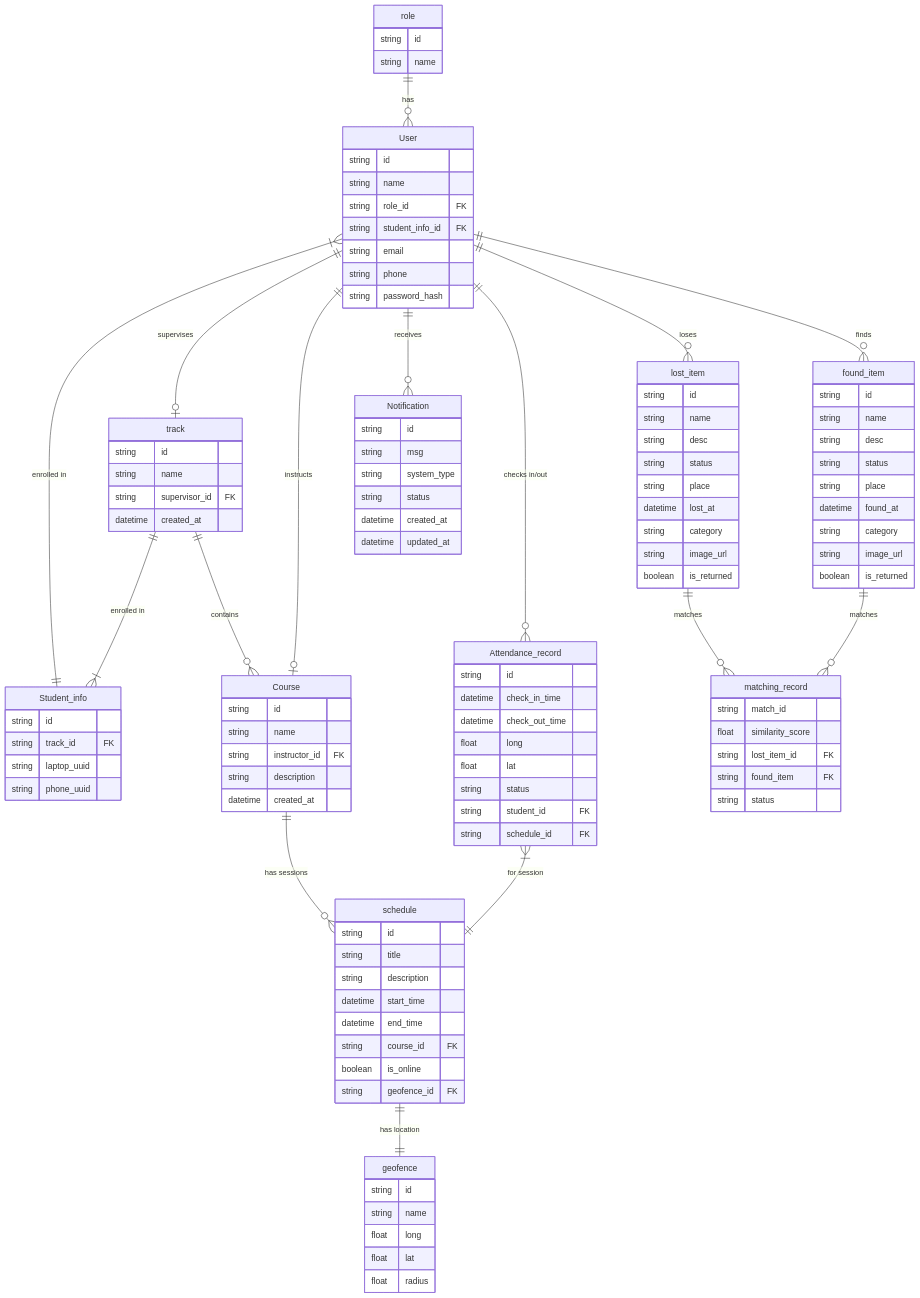
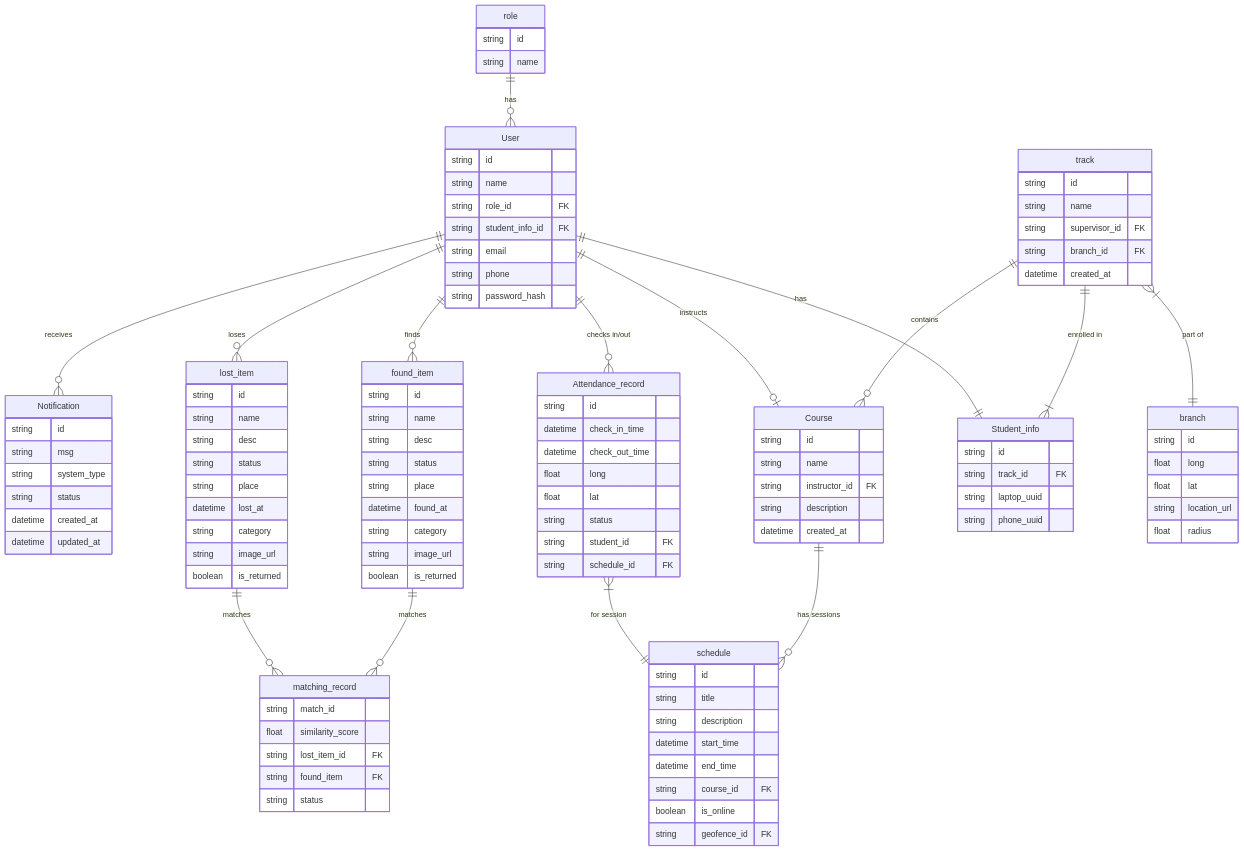
One commit to OmarDerwy/ITI-Attendance-Backend changed the diagram in erd.mermaid. Above: the diagram before and after it, drawn with Mermaid.

Commit message:
docs(erd): fix erd again

```diff
--- a/erd.mermaid
+++ b/erd.mermaid
@@ -1,115 +1,124 @@
 erDiagram
     User {
         string id
         string name
         string role_id FK
         string student_info_id FK
         string email
         string phone
         string password_hash
     }
     Notification {
         string id
         string msg
         string system_type
         string status
         datetime created_at
         datetime updated_at
     }
     Attendance_record {
         string id
         datetime check_in_time
         datetime check_out_time
         float long
         float lat
         string status
         string student_id FK
         string schedule_id FK
     }
-    geofence {
-        string id
-        string name
-        float long
-        float lat
-        float radius
-    }
+    %% geofence {
+    %%     string id
+    %%     string name
+    %%     float long
+    %%     float lat
+    %%     float radius
+    %% }
     track {
         string id
         string name
         string supervisor_id FK
+        string branch_id FK
         datetime created_at
     }
     lost_item {
         string id
         string name
         string desc
         string status
         string place
         datetime lost_at
         string category
         string image_url
         boolean is_returned
     }
     found_item {
         string id
         string name
         string desc
         string status
         string place
         datetime found_at
         string category
         string image_url
         boolean is_returned
     }
     matching_record {
         string match_id
         float similarity_score
         string lost_item_id FK
         string found_item FK
         string status
     }
     role {
         string id
         string name
     }
     schedule {
         string id
         string title
         string description
         datetime start_time
         datetime end_time
         string course_id FK
         boolean is_online
         string geofence_id FK
     }
     Course {
         string id
         string name
         string instructor_id FK
         string description
         datetime created_at
     }
     Student_info{
         string id
         string track_id FK
         string laptop_uuid
         string phone_uuid
     }
+    branch{
+        string id
+        float long
+        float lat
+        string location_url
+        float radius
+    }
 
     role ||--o{ User : "has"
-    User }|--|| Student_info : "enrolled in"
+    User ||--|| Student_info : "has"
     track ||--|{ Student_info : "enrolled in"
-    User ||--o| track : "supervises"
+    %% User }|--|| branch : "belongs to"
+    track }|--|| branch : "part of"
     User ||--o| Course : "instructs"
     User ||--o{ Notification : "receives"
     User ||--o{ Attendance_record : "checks in/out"
     User ||--o{ lost_item : "loses"
     User ||--o{ found_item : "finds"
     lost_item ||--o{ matching_record : "matches"
     found_item ||--o{ matching_record : "matches"
     %% schedule ||--|| track : "belongs to"
-    schedule ||--|| geofence : "has location"
+    %% schedule ||--|| geofence : "has location"
     Attendance_record }|--|| schedule : "for session"
     Course ||--o{ schedule : "has sessions"
     track ||--o{ Course : "contains"
     %% we might want to make track - course relationship manytomany for courses that include many tracks such as soft skills and such
```
